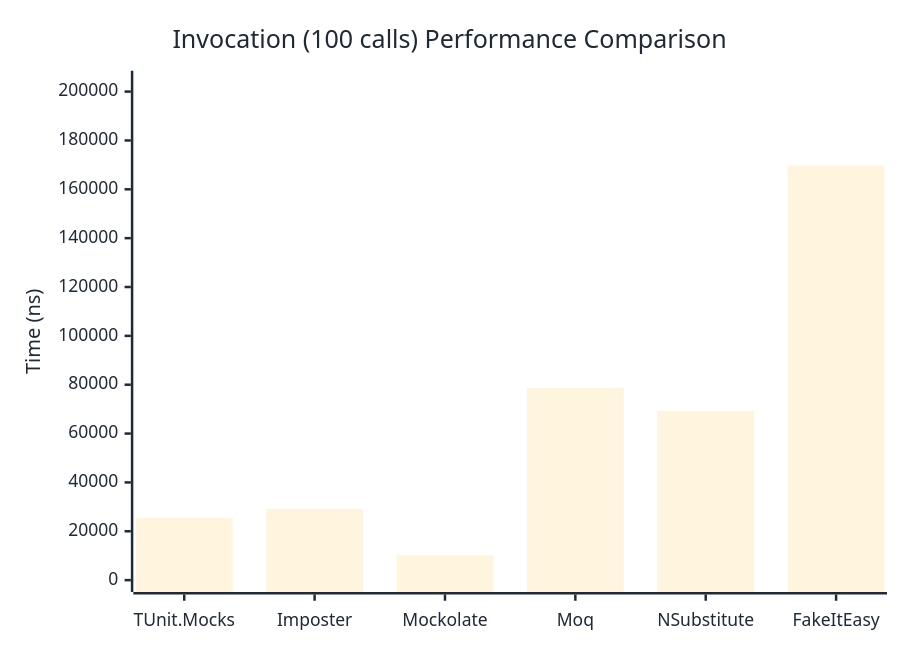
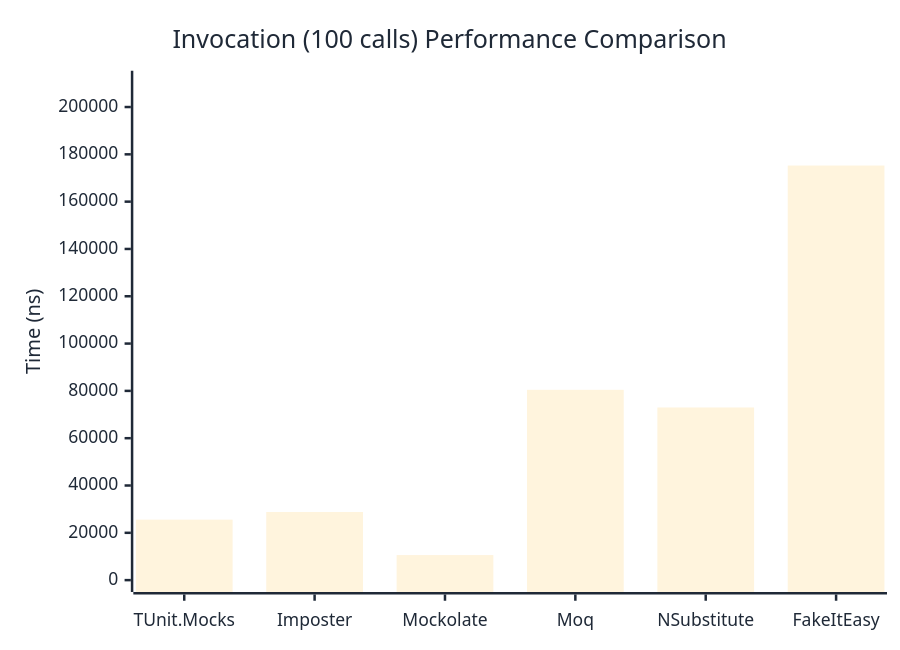
Before and after one commit to thomhurst/TUnit: the third of 3 diagrams in docs/docs/benchmarks/mocks/Invocation.md, drawn with Mermaid. The commit also changed other lines of this file and 14 other files, not shown here.

````diff
--- a/docs/docs/benchmarks/mocks/Invocation.md
+++ b/docs/docs/benchmarks/mocks/Invocation.md
@@ -110,27 +110,27 @@
 ```mermaid
 %%{init: {
   'theme':'base',
   'themeVariables': {
     'primaryColor': '#2563eb',
     'primaryTextColor': '#1f2937',
     'primaryBorderColor': '#1e40af',
     'lineColor': '#6b7280',
     'secondaryColor': '#7c3aed',
     'tertiaryColor': '#dc2626',
     'background': '#ffffff',
     'pie1': '#2563eb',
     'pie2': '#7c3aed',
     'pie3': '#dc2626',
     'pie4': '#f59e0b',
     'pie5': '#10b981',
     'pie6': '#06b6d4',
     'pie7': '#ec4899',
     'pie8': '#6366f1'
   }
 }}%%
 xychart-beta
   title "Invocation (100 calls) Performance Comparison"
   x-axis ["TUnit.Mocks", "Imposter", "Mockolate", "Moq", "NSubstitute", "FakeItEasy"]
-  y-axis "Time (ns)" 0 --> 203674
-  bar [25534.52, 29154.6, 10133.99, 78721.53, 69241.55, 169727.73]
+  y-axis "Time (ns)" 0 --> 210314
+  bar [25569.66, 28800.88, 10588.02, 80453.19, 72980.61, 175261.43]
 ```
````
